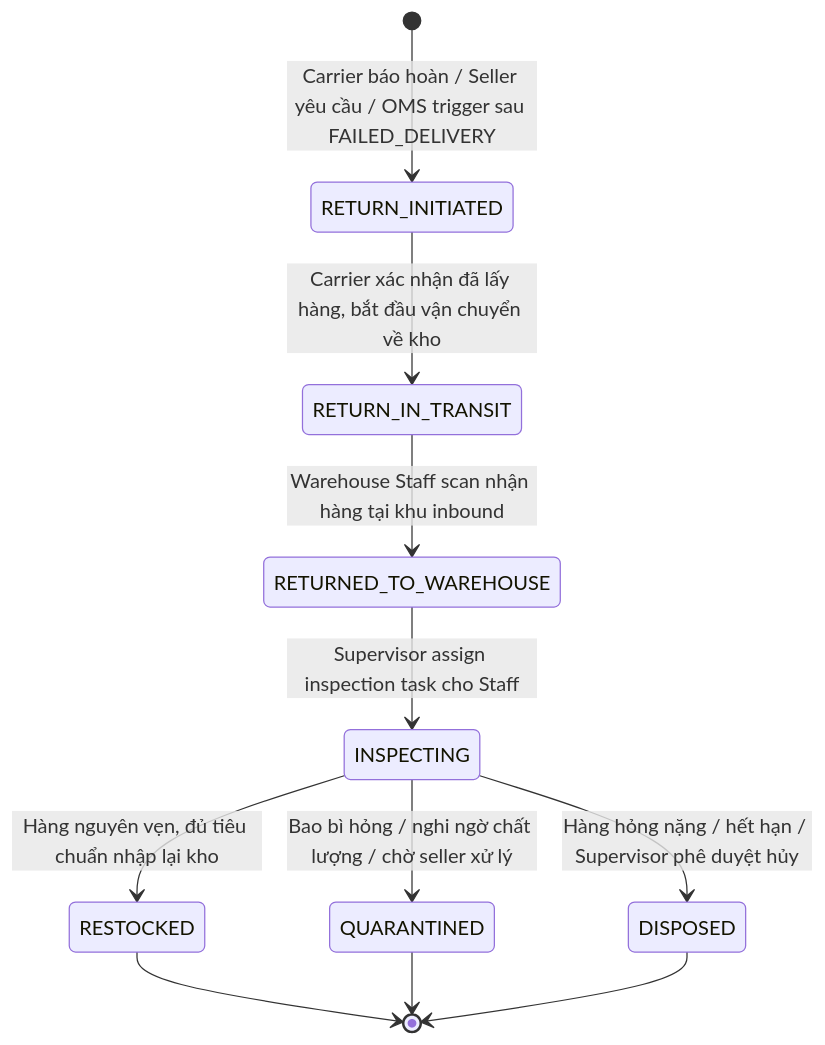
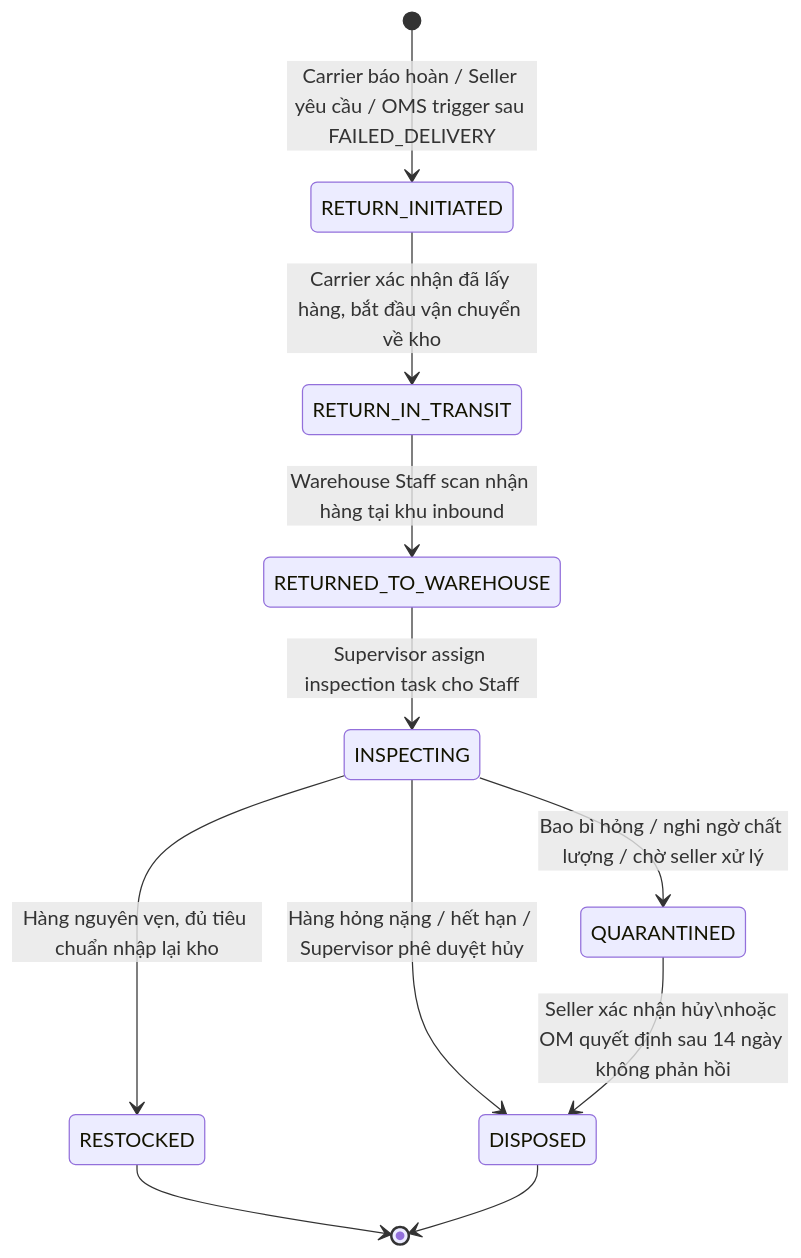
One commit to NDChinh36/portfolio-docs changed the first of 2 diagrams in projects/logistics-oms-wms/return-flow.mdx. Above: the diagram before and after it, drawn with Mermaid.

Commit message:
auto: update return-flow.mdx

````diff
--- a/projects/logistics-oms-wms/return-flow.mdx
+++ b/projects/logistics-oms-wms/return-flow.mdx
@@ -75,18 +75,19 @@
 ```mermaid
 stateDiagram-v2
     [*] --> RETURN_INITIATED : Carrier báo hoàn / Seller yêu cầu / OMS trigger sau FAILED_DELIVERY
 
     RETURN_INITIATED --> RETURN_IN_TRANSIT : Carrier xác nhận đã lấy hàng, bắt đầu vận chuyển về kho
 
     RETURN_IN_TRANSIT --> RETURNED_TO_WAREHOUSE : Warehouse Staff scan nhận hàng tại khu inbound
 
     RETURNED_TO_WAREHOUSE --> INSPECTING : Supervisor assign inspection task cho Staff
 
     INSPECTING --> RESTOCKED : Hàng nguyên vẹn, đủ tiêu chuẩn nhập lại kho
     INSPECTING --> QUARANTINED : Bao bì hỏng / nghi ngờ chất lượng / chờ seller xử lý
     INSPECTING --> DISPOSED : Hàng hỏng nặng / hết hạn / Supervisor phê duyệt hủy
 
+    QUARANTINED --> DISPOSED : Seller xác nhận hủy\nhoặc OM quyết định sau 14 ngày không phản hồi
+
     RESTOCKED --> [*]
-    QUARANTINED --> [*]
     DISPOSED --> [*]
 ```
````
